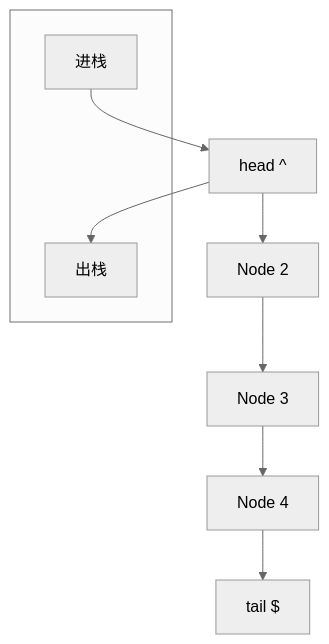
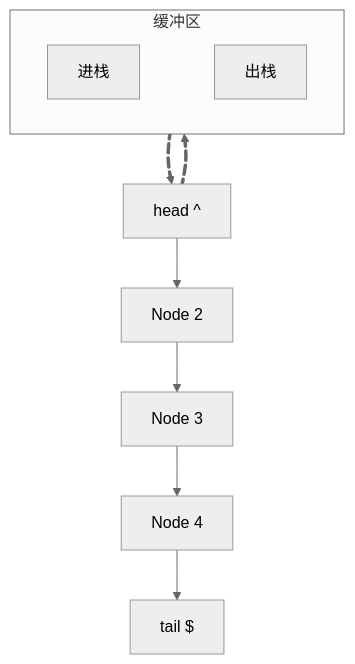
The third of 6 diagrams in src/content/posts/mermaid文本绘图/index.mdx (game1024/www), drawn with Mermaid (neutral theme) before and after one commit. The commit also changed other lines of this file, not shown here.

Commit message:
fix queue diagram

````diff
--- a/src/content/posts/mermaid文本绘图/index.mdx
+++ b/src/content/posts/mermaid文本绘图/index.mdx
@@ -39,15 +39,17 @@
 ```mermaid
 %%{init: {'flowchart': {'rankSpacing': 50}}}%%
 
 graph TD
-    subgraph " "
-        进栈
-        出栈
+    subgraph "缓冲区"
+        进栈 ~~~ 出栈
     end
-    进栈 --> A
-    A --> 出栈
+    
+    缓冲区 e1@==> A
+    A e2@==> 缓冲区
+    e1@{ animate: true }
+    e2@{ animate: true }
     A["head ^"] --> B[Node 2]
     B --> C[Node 3]
     C --> D[Node 4]
     D --> E["tail $"]
 ```
````
